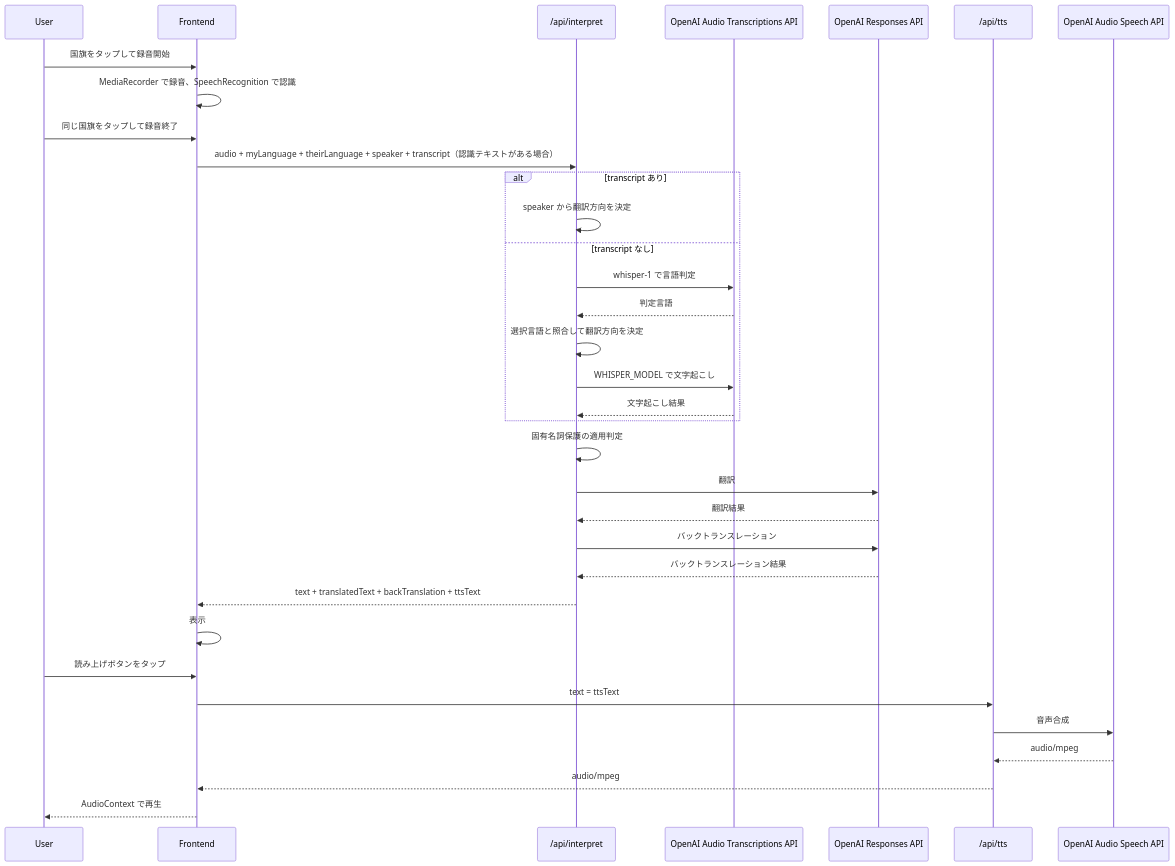
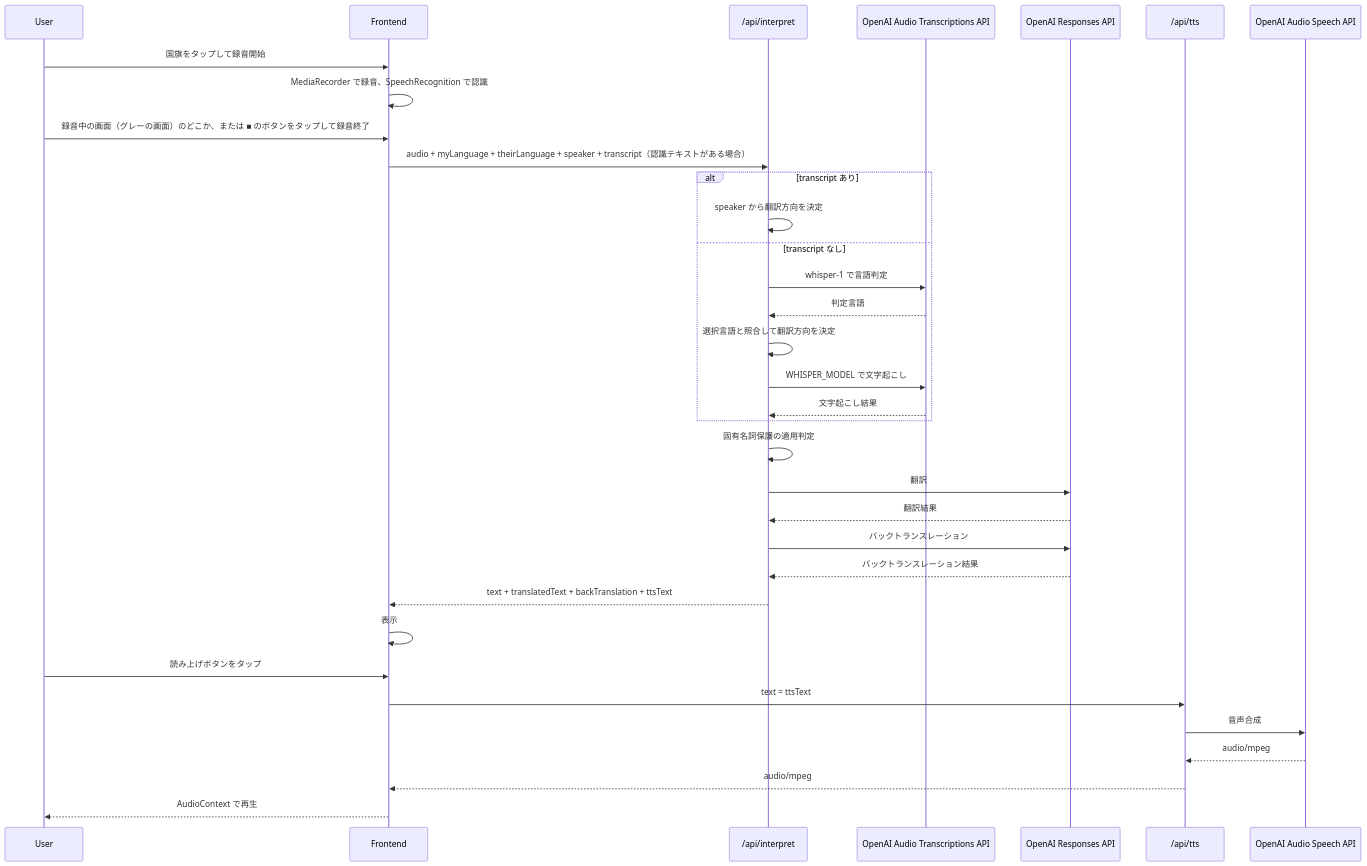
The diagram in docs/translation-flow.md (shin-arita/gotalk), drawn with Mermaid before and after one commit. The commit also changed 11 other files, not shown here.

````diff
--- a/docs/translation-flow.md
+++ b/docs/translation-flow.md
@@ -21,37 +21,37 @@
 ```mermaid
 sequenceDiagram
   participant User
   participant FE as Frontend
   participant IN as /api/interpret
   participant WH as OpenAI Audio Transcriptions API
   participant OA as OpenAI Responses API
   participant TTSAPI as /api/tts
   participant Speech as OpenAI Audio Speech API
 
   User->>FE: 国旗をタップして録音開始
   FE->>FE: MediaRecorder で録音、SpeechRecognition で認識
-  User->>FE: 同じ国旗をタップして録音終了
+  User->>FE: 録音中の画面（グレーの画面）のどこか、または ■ のボタンをタップして録音終了
   FE->>IN: audio + myLanguage + theirLanguage + speaker + transcript（認識テキストがある場合）
   alt transcript あり
     IN->>IN: speaker から翻訳方向を決定
   else transcript なし
     IN->>WH: whisper-1 で言語判定
     WH-->>IN: 判定言語
     IN->>IN: 選択言語と照合して翻訳方向を決定
     IN->>WH: WHISPER_MODEL で文字起こし
     WH-->>IN: 文字起こし結果
   end
   IN->>IN: 固有名詞保護の適用判定
   IN->>OA: 翻訳
   OA-->>IN: 翻訳結果
   IN->>OA: バックトランスレーション
   OA-->>IN: バックトランスレーション結果
   IN-->>FE: text + translatedText + backTranslation + ttsText
   FE->>FE: 表示
   User->>FE: 読み上げボタンをタップ
   FE->>TTSAPI: text = ttsText
   TTSAPI->>Speech: 音声合成
   Speech-->>TTSAPI: audio/mpeg
   TTSAPI-->>FE: audio/mpeg
   FE-->>User: AudioContext で再生
 ```
````
